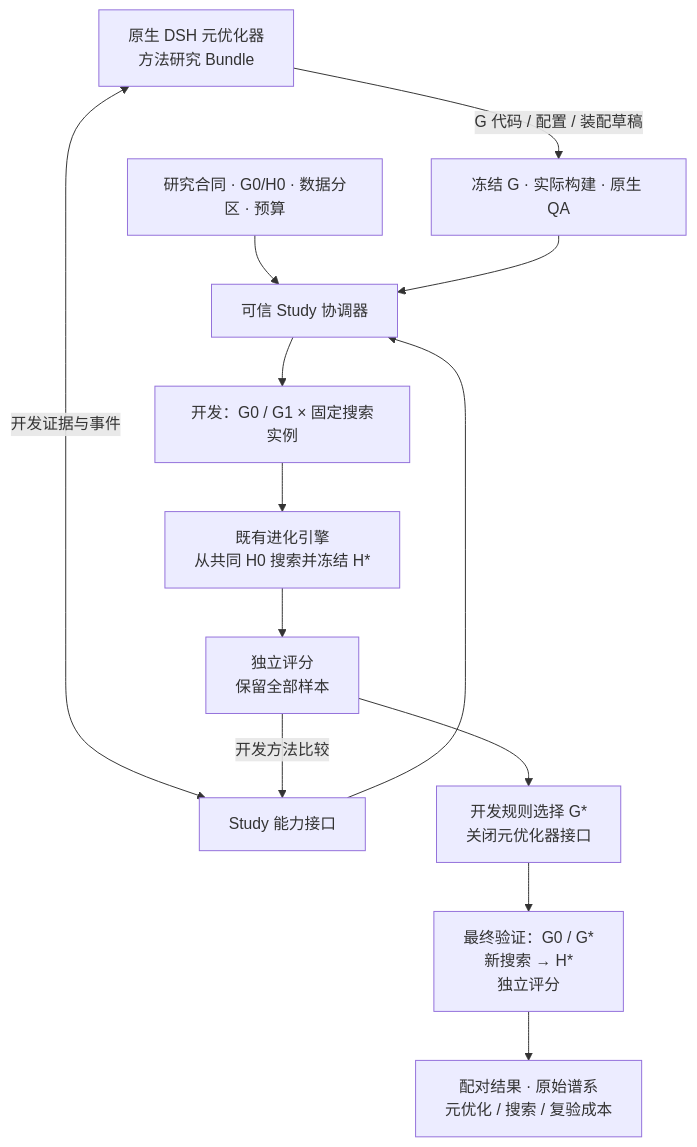
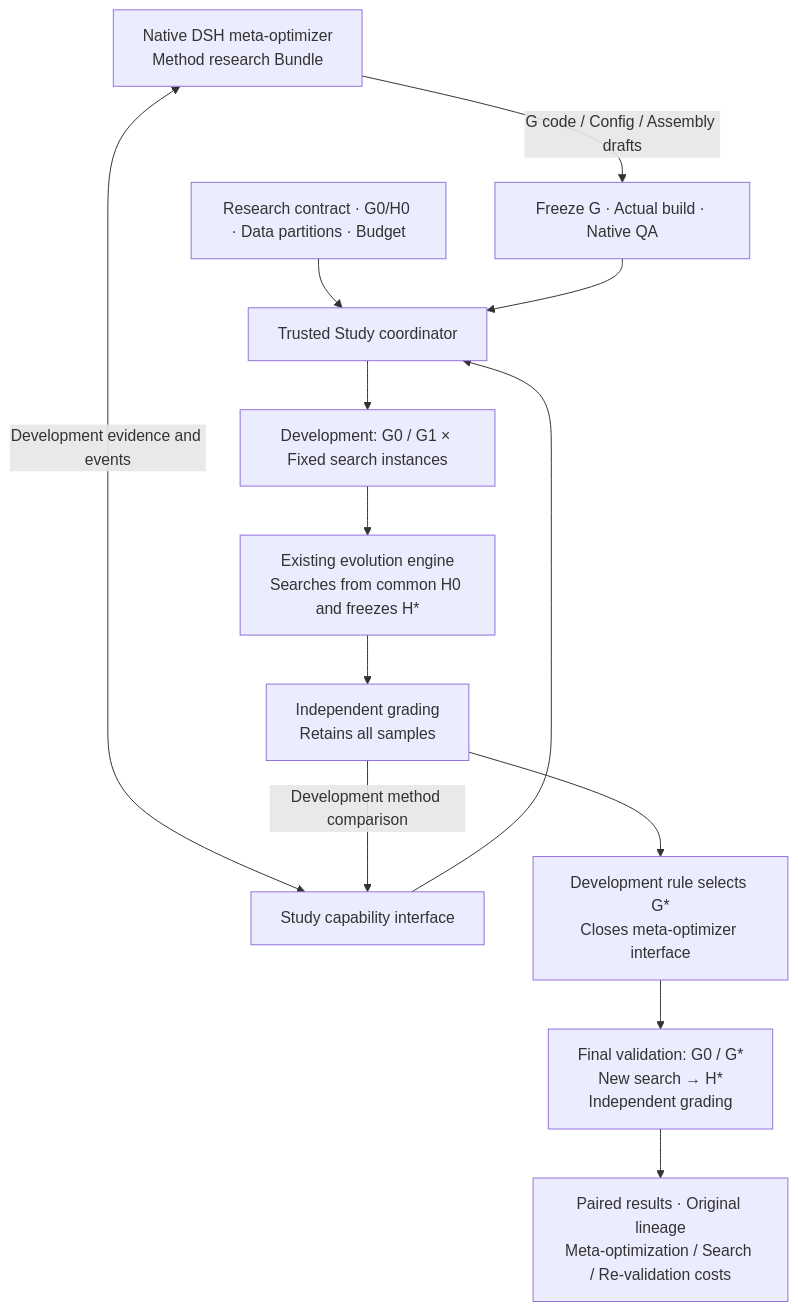
One commit to OLDyade/SparkVolve changed the second of 4 diagrams in docs/components.md. Above: the diagram before and after it, drawn with Mermaid. The commit also changed other lines of this file and 92 other files, not shown here.

````diff
--- a/docs/components.md
+++ b/docs/components.md
@@ -51,15 +51,15 @@
 ```mermaid
 flowchart TB
-  Contract["研究合同 · G0/H0 · 数据分区 · 预算"] --> Study["可信 Study 协调器"]
-  Meta["原生 DSH 元优化器<br/>方法研究 Bundle"] <-->|"开发证据与事件"| API["Study 能力接口"]
+  Contract["Research contract · G0/H0 · Data partitions · Budget"] --> Study["Trusted Study coordinator"]
+  Meta["Native DSH meta-optimizer<br/>Method research Bundle"] <-->|"Development evidence and events"| API["Study capability interface"]
   API --> Study
-  Meta -->|"G 代码 / 配置 / 装配草稿"| Freeze["冻结 G · 实际构建 · 原生 QA"]
+  Meta -->|"G code / Config / Assembly drafts"| Freeze["Freeze G · Actual build · Native QA"]
   Freeze --> Study
-  Study --> Dev["开发：G0 / G1 × 固定搜索实例"]
-  Dev --> Search["既有进化引擎<br/>从共同 H0 搜索并冻结 H*"]
-  Search --> Assess["独立评分<br/>保留全部样本"]
-  Assess -->|"开发方法比较"| API
-  Assess --> Select["开发规则选择 G*<br/>关闭元优化器接口"]
-  Select --> Final["最终验证：G0 / G*<br/>新搜索 → H*<br/>独立评分"]
-  Final --> Report["配对结果 · 原始谱系<br/>元优化 / 搜索 / 复验成本"]
+  Study --> Dev["Development: G0 / G1 × Fixed search instances"]
+  Dev --> Search["Existing evolution engine<br/>Searches from common H0 and freezes H*"]
+  Search --> Assess["Independent grading<br/>Retains all samples"]
+  Assess -->|"Development method comparison"| API
+  Assess --> Select["Development rule selects G*<br/>Closes meta-optimizer interface"]
+  Select --> Final["Final validation: G0 / G*<br/>New search → H*<br/>Independent grading"]
+  Final --> Report["Paired results · Original lineage<br/>Meta-optimization / Search / Re-validation costs"]
 ```
````
